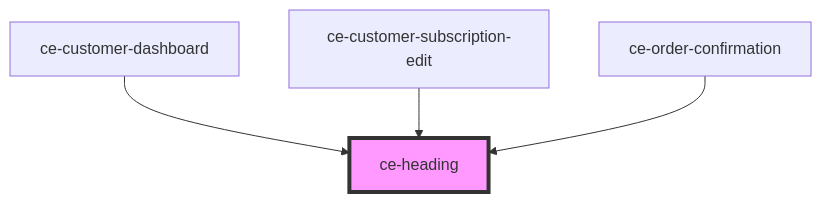
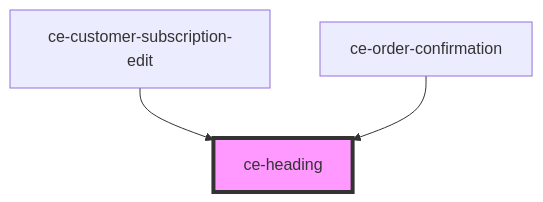
One commit to surecart/surecart-wp-plugin changed the diagram in packages/components/src/components/ui/heading/readme.md. Above: the diagram before and after it, drawn with Mermaid. The commit also changed other lines of this file and 162 other files, not shown here.

````diff
--- a/packages/components/src/components/ui/heading/readme.md
+++ b/packages/components/src/components/ui/heading/readme.md
@@ -31,7 +30,6 @@
 ```mermaid
 graph TD;
-  ce-customer-dashboard --> ce-heading
   ce-customer-subscription-edit --> ce-heading
   ce-order-confirmation --> ce-heading
   style ce-heading fill:#f9f,stroke:#333,stroke-width:4px
 ```
````
